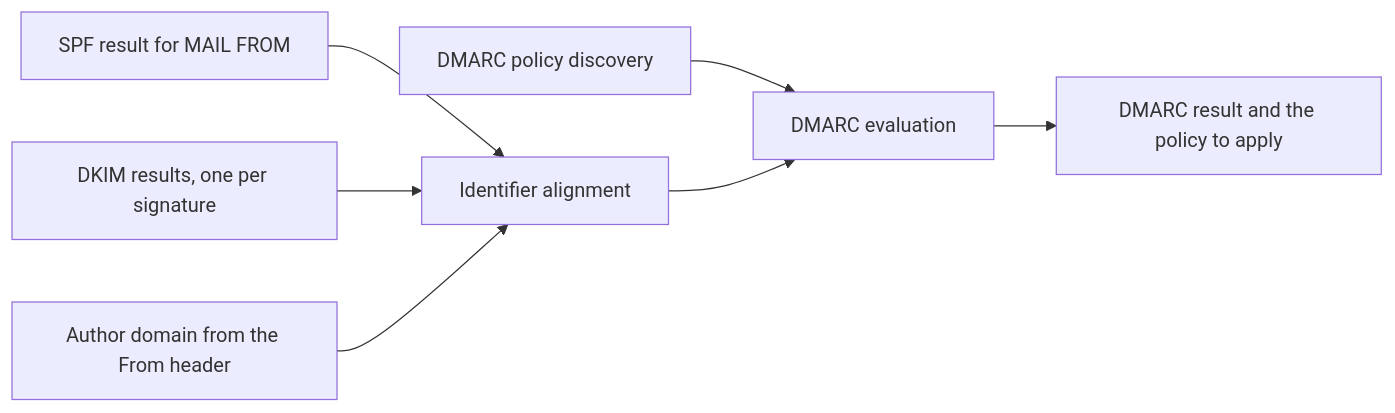
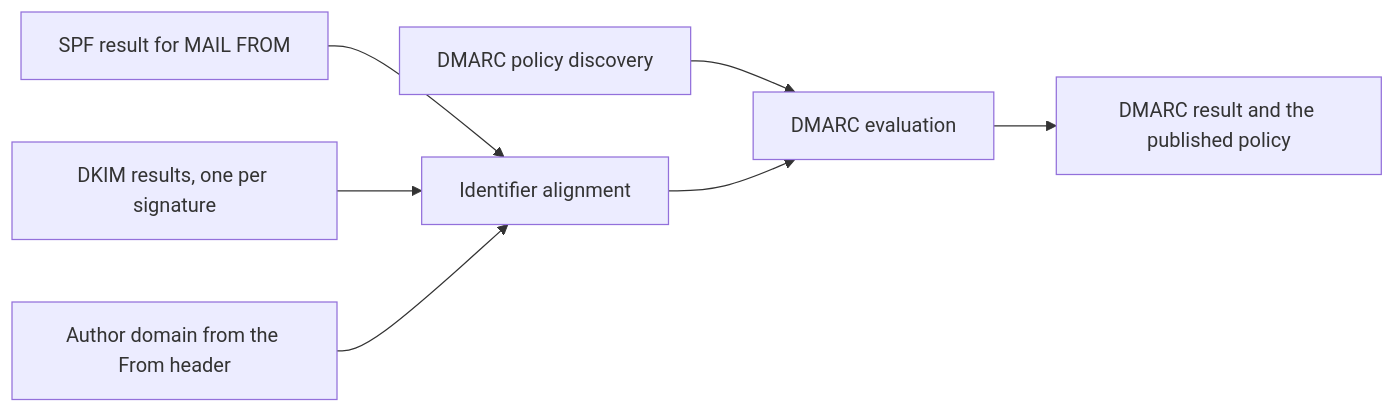
Before and after one commit to photom/hallmark: the second of 3 diagrams in docs/reference/requirements.md, drawn with Mermaid. The commit also changed other lines of this file and 23 other files, not shown here.

````diff
--- a/docs/reference/requirements.md
+++ b/docs/reference/requirements.md
@@ -27,9 +64,9 @@
 ```mermaid
 flowchart LR
     spf["SPF result for MAIL FROM"] --> align["Identifier alignment"]
     dkim["DKIM results, one per signature"] --> align
     from["Author domain from the From header"] --> align
     policy["DMARC policy discovery"] --> eval["DMARC evaluation"]
     align --> eval
-    eval --> result["DMARC result and the policy to apply"]
+    eval --> result["DMARC result and the published policy"]
 ```
````
